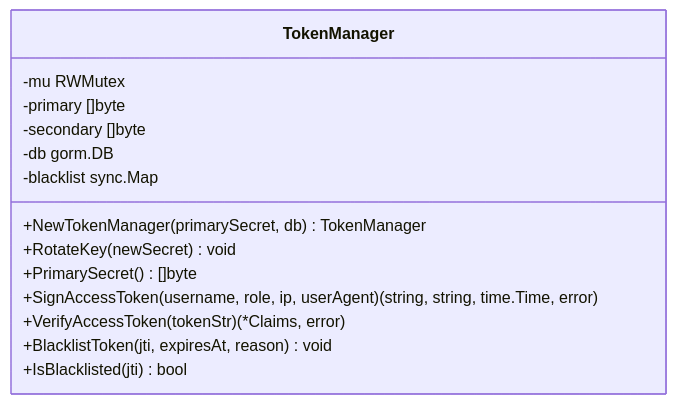
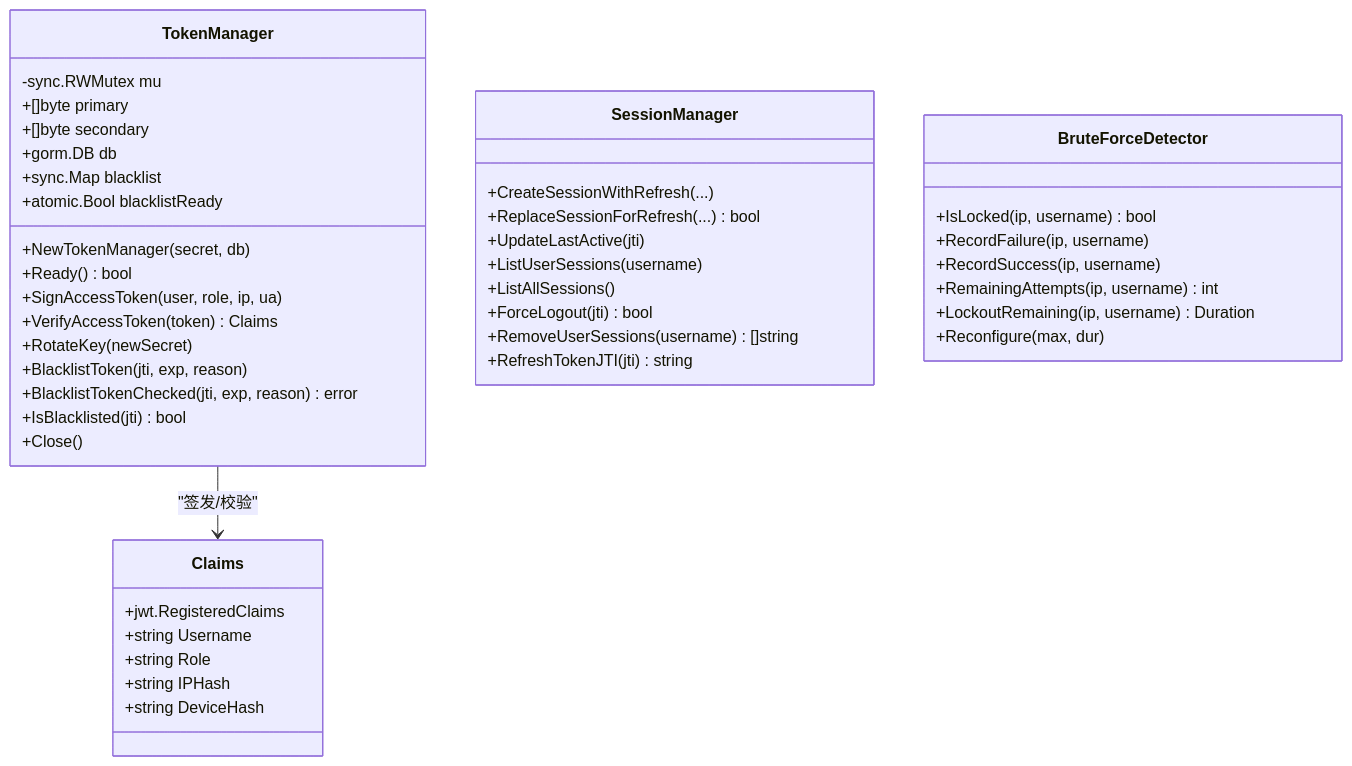
The second of 6 diagrams in docs/管理 API 系统/REST API 设计规范/认证授权机制.md (x01n/My-OpenWaf), drawn with Mermaid before and after one commit. The commit also changed other lines of this file and 622 other files, not shown here.

````diff
--- a/docs/管理 API 系统/REST API 设计规范/认证授权机制.md
+++ b/docs/管理 API 系统/REST API 设计规范/认证授权机制.md
@@ -120,17 +133,46 @@
 ```mermaid
 classDiagram
+class Claims {
++jwt.RegisteredClaims
++string Username
++string Role
++string IPHash
++string DeviceHash
+}
 class TokenManager {
--mu RWMutex
--primary []byte
--secondary []byte
--db gorm.DB
--blacklist sync.Map
-+NewTokenManager(primarySecret, db) TokenManager
-+RotateKey(newSecret) void
-+PrimarySecret() []byte
-+SignAccessToken(username, role, ip, userAgent) (string, string, time.Time, error)
-+VerifyAccessToken(tokenStr) (*Claims, error)
-+BlacklistToken(jti, expiresAt, reason) void
+-sync.RWMutex mu
++[]byte primary
++[]byte secondary
++gorm.DB db
++sync.Map blacklist
++atomic.Bool blacklistReady
++NewTokenManager(secret, db)
++Ready() bool
++SignAccessToken(user, role, ip, ua)
++VerifyAccessToken(token) Claims
++RotateKey(newSecret)
++BlacklistToken(jti, exp, reason)
++BlacklistTokenChecked(jti, exp, reason) error
 +IsBlacklisted(jti) bool
++Close()
 }
+class SessionManager {
++CreateSessionWithRefresh(...)
++ReplaceSessionForRefresh(...) bool
++UpdateLastActive(jti)
++ListUserSessions(username)
++ListAllSessions()
++ForceLogout(jti) bool
++RemoveUserSessions(username) []string
++RefreshTokenJTI(jti) string
+}
+class BruteForceDetector {
++IsLocked(ip, username) bool
++RecordFailure(ip, username)
++RecordSuccess(ip, username)
++RemainingAttempts(ip, username) int
++LockoutRemaining(ip, username) Duration
++Reconfigure(max, dur)
+}
+TokenManager --> Claims : "签发/校验"
 ```
````
